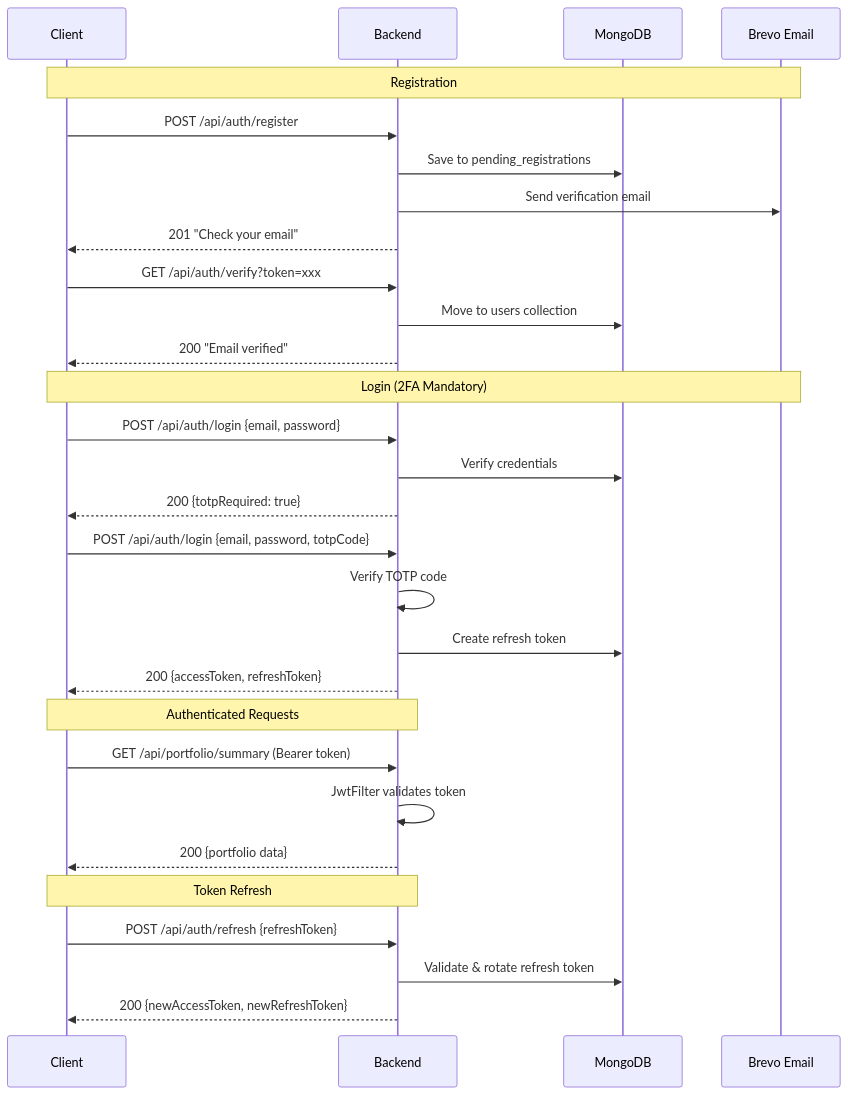
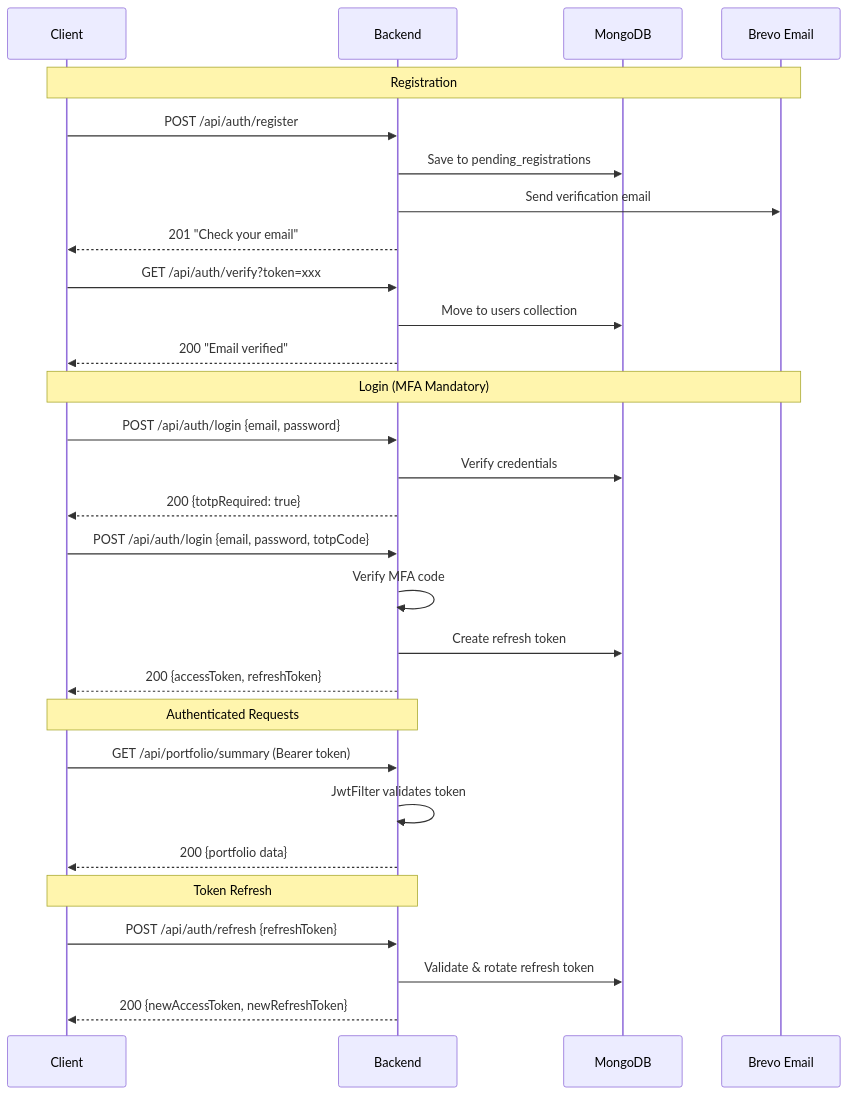
Before and after one commit to urvagandhi/coinTrack: the third of 12 diagrams in README.md, drawn with Mermaid. The commit also changed other lines of this file and 76 other files, not shown here.

````diff
--- a/README.md
+++ b/README.md
@@ -161,37 +161,37 @@
 ```mermaid
 sequenceDiagram
     participant C as Client
     participant B as Backend
     participant DB as MongoDB
     participant E as Brevo Email
 
     Note over C,E: Registration
     C->>B: POST /api/auth/register
     B->>DB: Save to pending_registrations
     B->>E: Send verification email
     B-->>C: 201 "Check your email"
 
     C->>B: GET /api/auth/verify?token=xxx
     B->>DB: Move to users collection
     B-->>C: 200 "Email verified"
 
-    Note over C,E: Login (2FA Mandatory)
+    Note over C,E: Login (MFA Mandatory)
     C->>B: POST /api/auth/login {email, password}
     B->>DB: Verify credentials
     B-->>C: 200 {totpRequired: true}
 
     C->>B: POST /api/auth/login {email, password, totpCode}
-    B->>B: Verify TOTP code
+    B->>B: Verify MFA code
     B->>DB: Create refresh token
     B-->>C: 200 {accessToken, refreshToken}
 
     Note over C,B: Authenticated Requests
     C->>B: GET /api/portfolio/summary (Bearer token)
     B->>B: JwtFilter validates token
     B-->>C: 200 {portfolio data}
 
     Note over C,B: Token Refresh
     C->>B: POST /api/auth/refresh {refreshToken}
     B->>DB: Validate & rotate refresh token
     B-->>C: 200 {newAccessToken, newRefreshToken}
 ```
````
